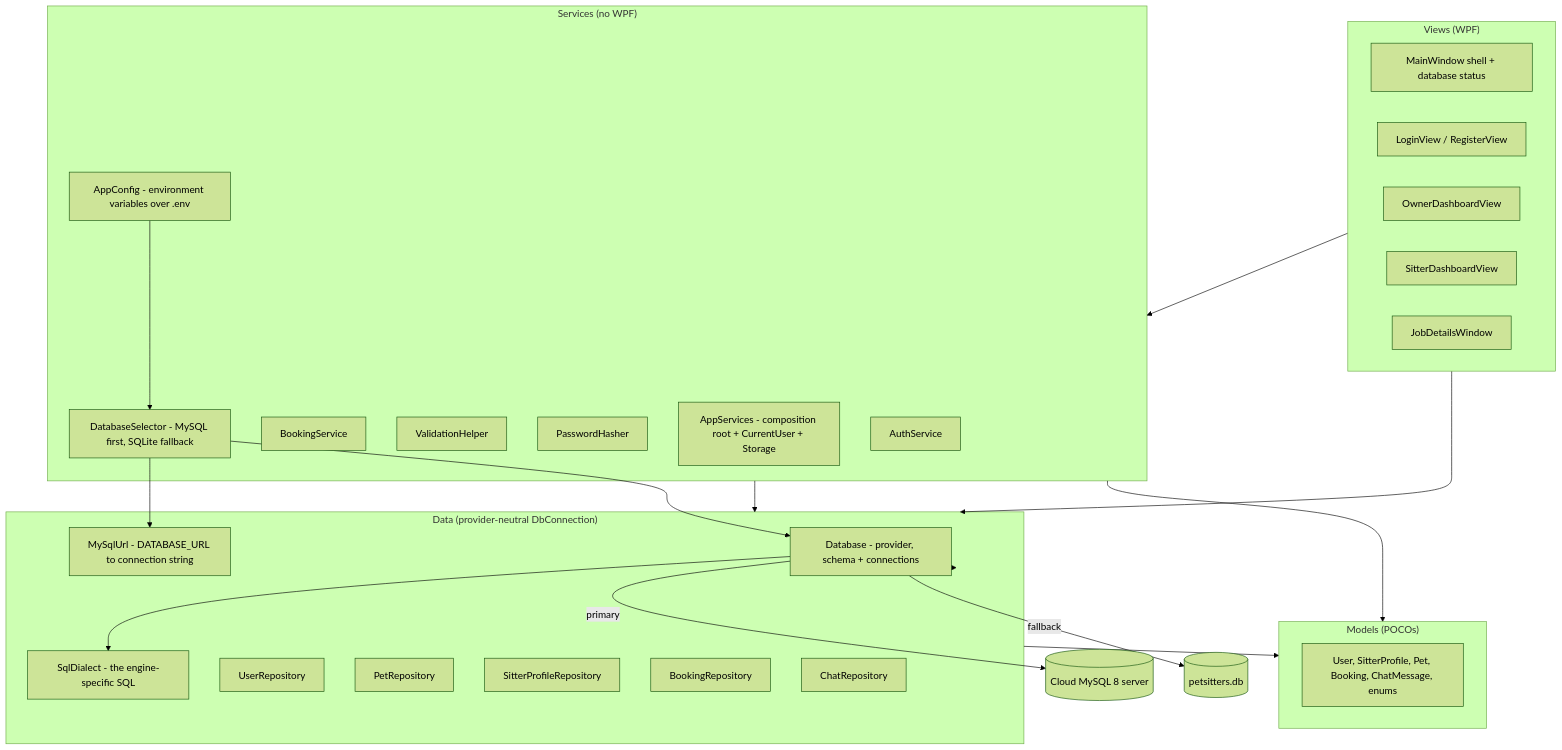
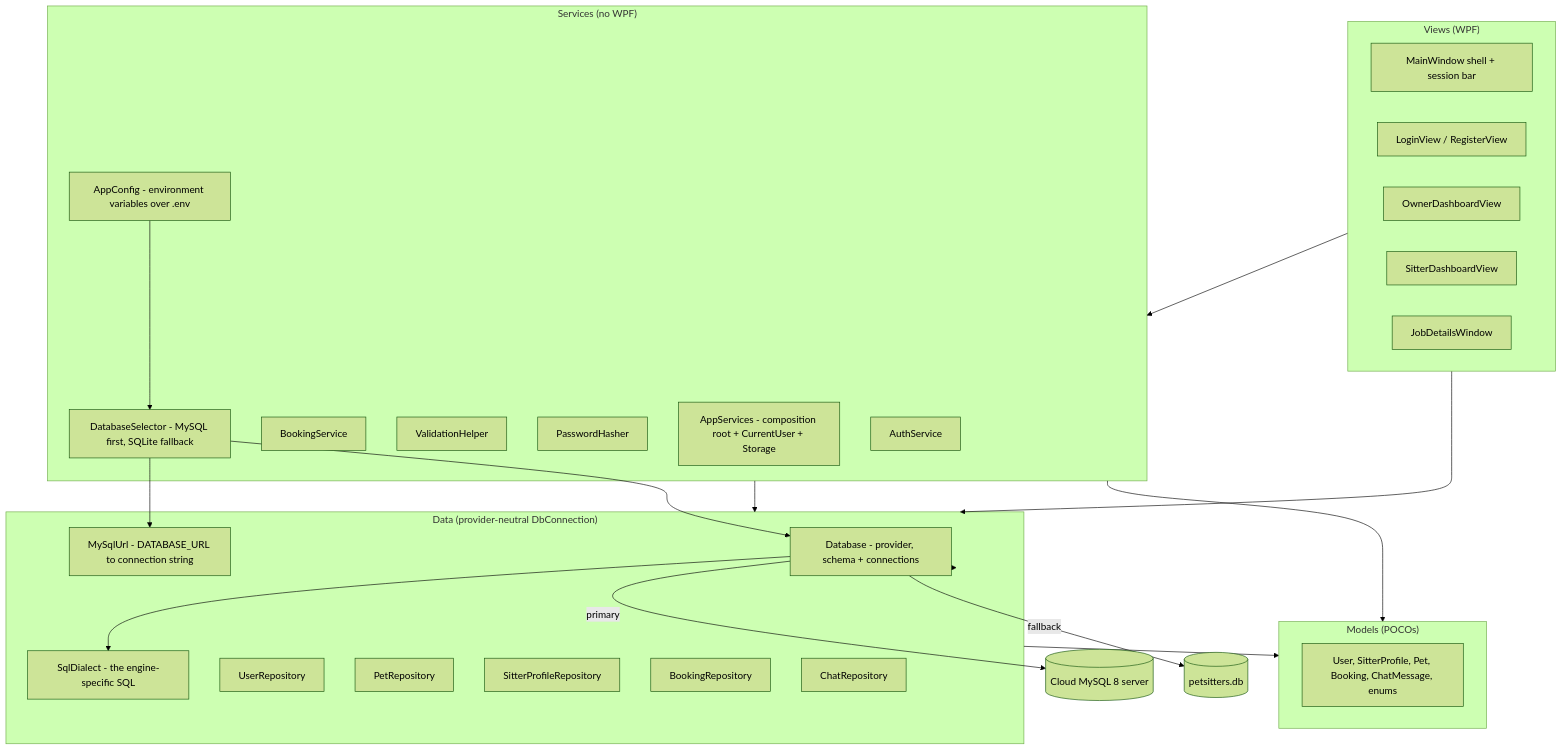
One commit to Misterdynamite/PetSitters changed the first of 4 diagrams in docs/Architecture.md. Above: the diagram before and after it, drawn with Mermaid (forest theme). The commit also changed other lines of this file and 20 other files, not shown here.

Commit message:
Plain UI wording, database status removed from the header

````diff
--- a/docs/Architecture.md
+++ b/docs/Architecture.md
@@ -73,45 +74,45 @@
 ```mermaid
 flowchart TD
     subgraph UI["Views (WPF)"]
-        MW["MainWindow shell + database status"]
+        MW["MainWindow shell + session bar"]
         LV[LoginView / RegisterView]
         OD[OwnerDashboardView]
         SD[SitterDashboardView]
         JD[JobDetailsWindow]
     end
     subgraph SVC["Services (no WPF)"]
         AS[AuthService]
         BS[BookingService]
         VH[ValidationHelper]
         PH[PasswordHasher]
         APP["AppServices - composition root + CurrentUser + Storage"]
         CFG["AppConfig - environment variables over .env"]
         SEL["DatabaseSelector - MySQL first, SQLite fallback"]
     end
     subgraph DATA["Data (provider-neutral DbConnection)"]
         DB["Database - provider, schema + connections"]
         DIA["SqlDialect - the engine-specific SQL"]
         URL["MySqlUrl - DATABASE_URL to connection string"]
         UR[UserRepository]
         PR[PetRepository]
         SPR[SitterProfileRepository]
         BR[BookingRepository]
         CR[ChatRepository]
     end
     subgraph MODELS["Models (POCOs)"]
         M[User, SitterProfile, Pet, Booking, ChatMessage, enums]
     end
 
     UI --> SVC
     UI --> DATA
     SVC --> DATA
     DATA --> DB
     DATA --> MODELS
     SVC --> MODELS
     CFG --> SEL
     SEL --> URL
     SEL --> DB
     DB --> DIA
     DB -->|"primary"| MySQLServer[("Cloud MySQL 8 server")]
     DB -->|"fallback"| SQLiteFile[(petsitters.db)]
 ```
````
